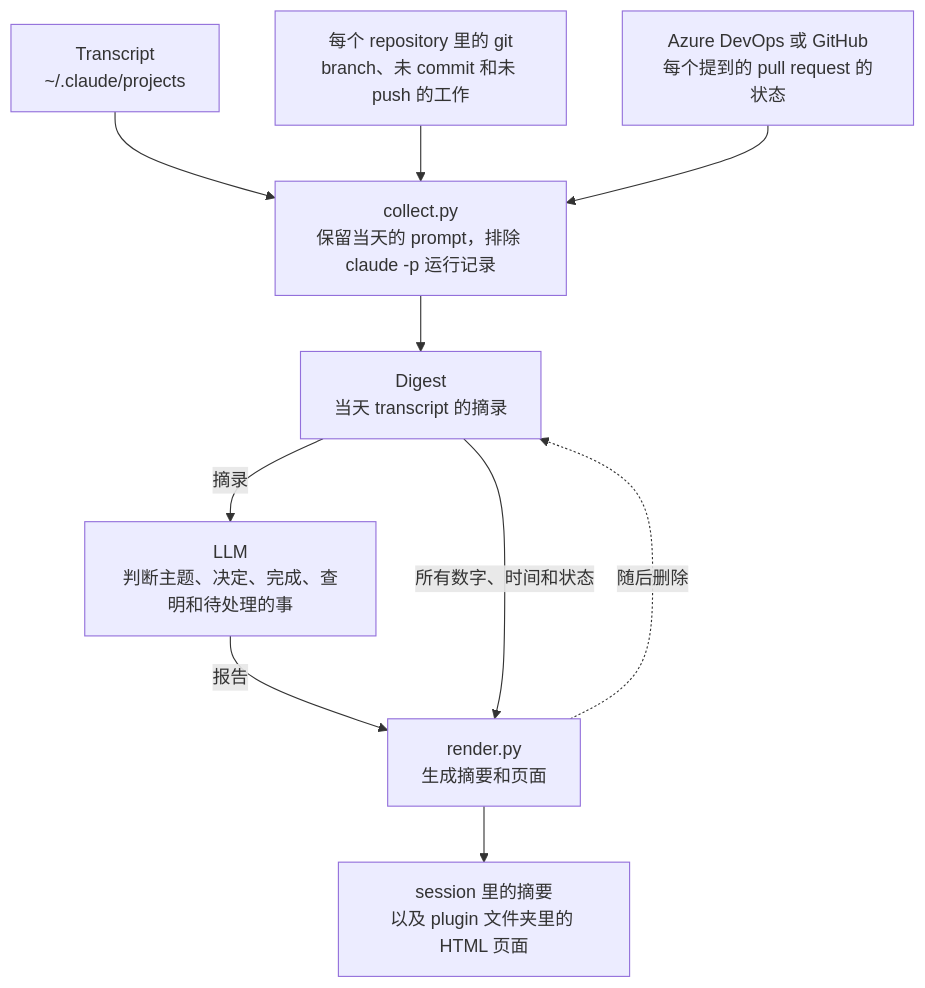
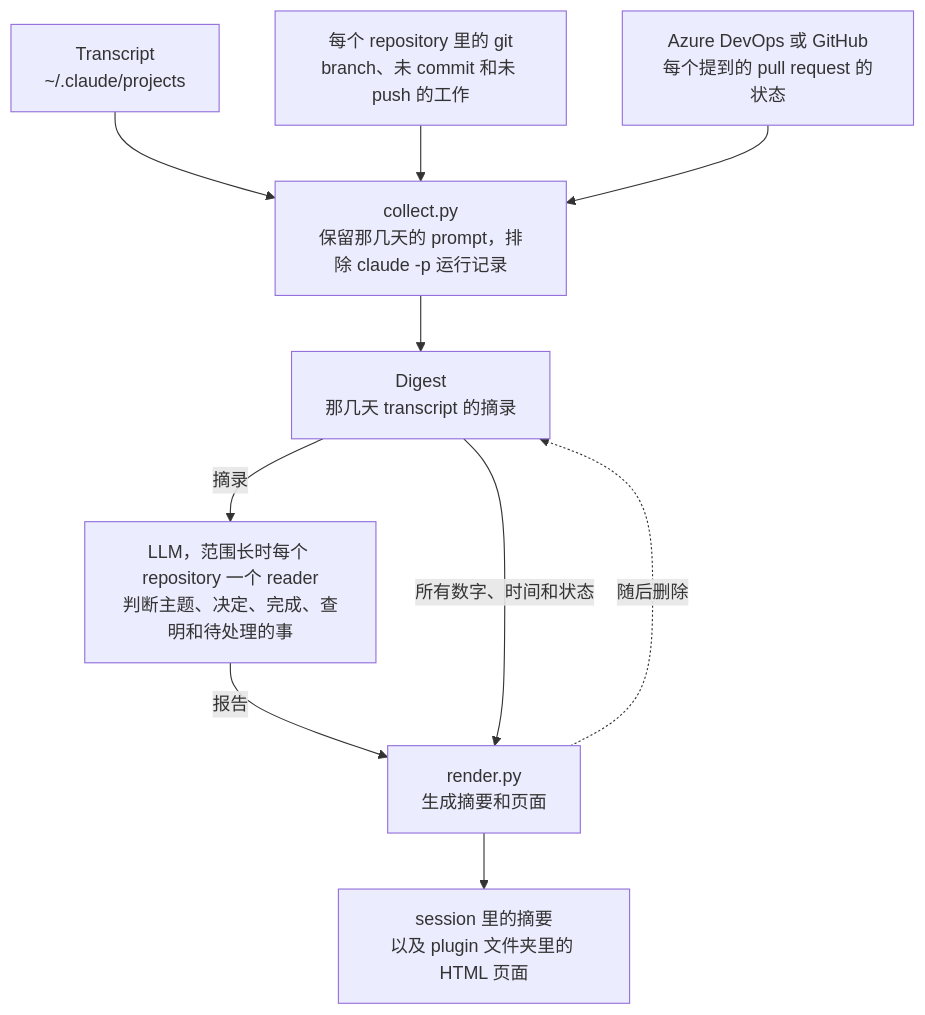
Before and after one commit to softwareone-platform/tundra: the diagram in plugins/remind-me/README.zh-CN.md, drawn with Mermaid. The commit also changed other lines of this file and 8 other files, not shown here.

````diff
--- a/plugins/remind-me/README.zh-CN.md
+++ b/plugins/remind-me/README.zh-CN.md
@@ -41,12 +41,12 @@
 ```mermaid
 flowchart TB
     transcripts["Transcript<br>~/.claude/projects"] --> collect
     git["每个 repository 里的 git<br>branch、未 commit 和未 push 的工作"] --> collect
     remote["Azure DevOps 或 GitHub<br>每个提到的 pull request 的状态"] --> collect
-    collect["collect.py<br>保留当天的 prompt，排除 claude -p 运行记录"] --> digest["Digest<br>当天 transcript 的摘录"]
-    digest -- 摘录 --> model["LLM<br>判断主题、决定、完成、查明和待处理的事"]
+    collect["collect.py<br>保留那几天的 prompt，排除 claude -p 运行记录"] --> digest["Digest<br>那几天 transcript 的摘录"]
+    digest -- 摘录 --> model["LLM，范围长时每个 repository 一个 reader<br>判断主题、决定、完成、查明和待处理的事"]
     model -- 报告 --> render["render.py<br>生成摘要和页面"]
     digest -- 所有数字、时间和状态 --> render
     render --> page["session 里的摘要<br>以及 plugin 文件夹里的 HTML 页面"]
     render -. 随后删除 .-> digest
 ```
````
